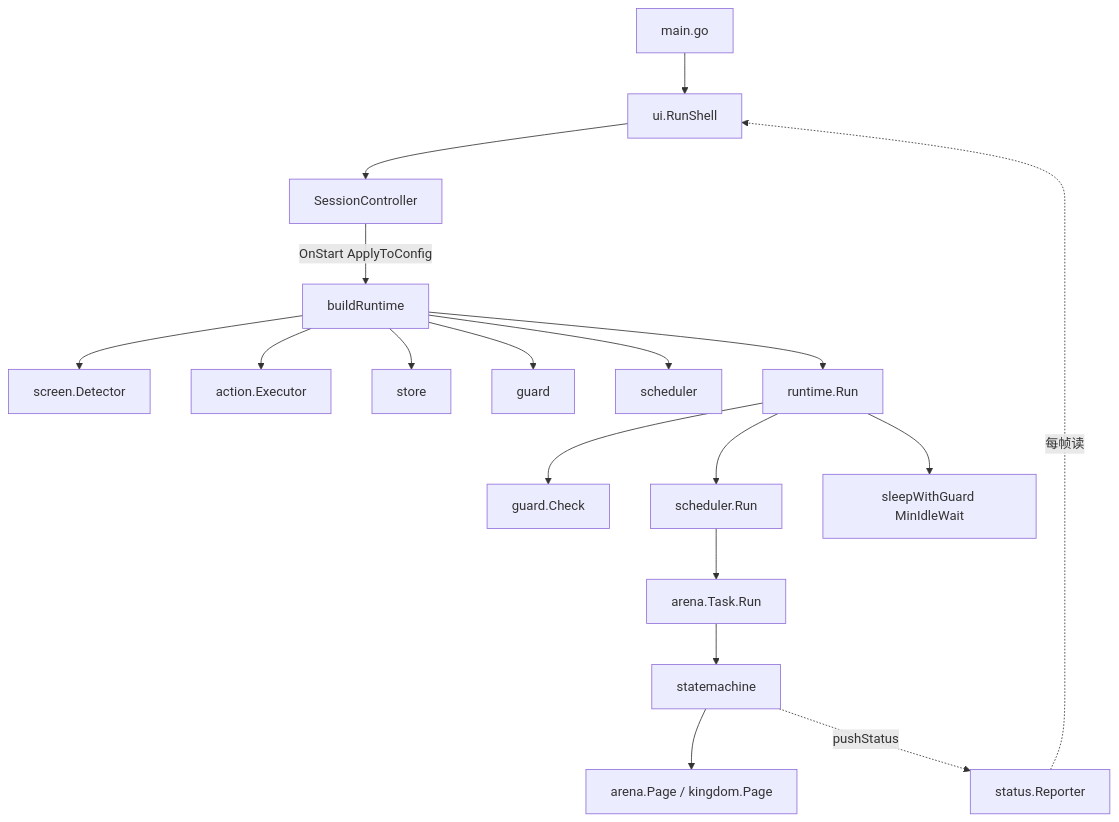
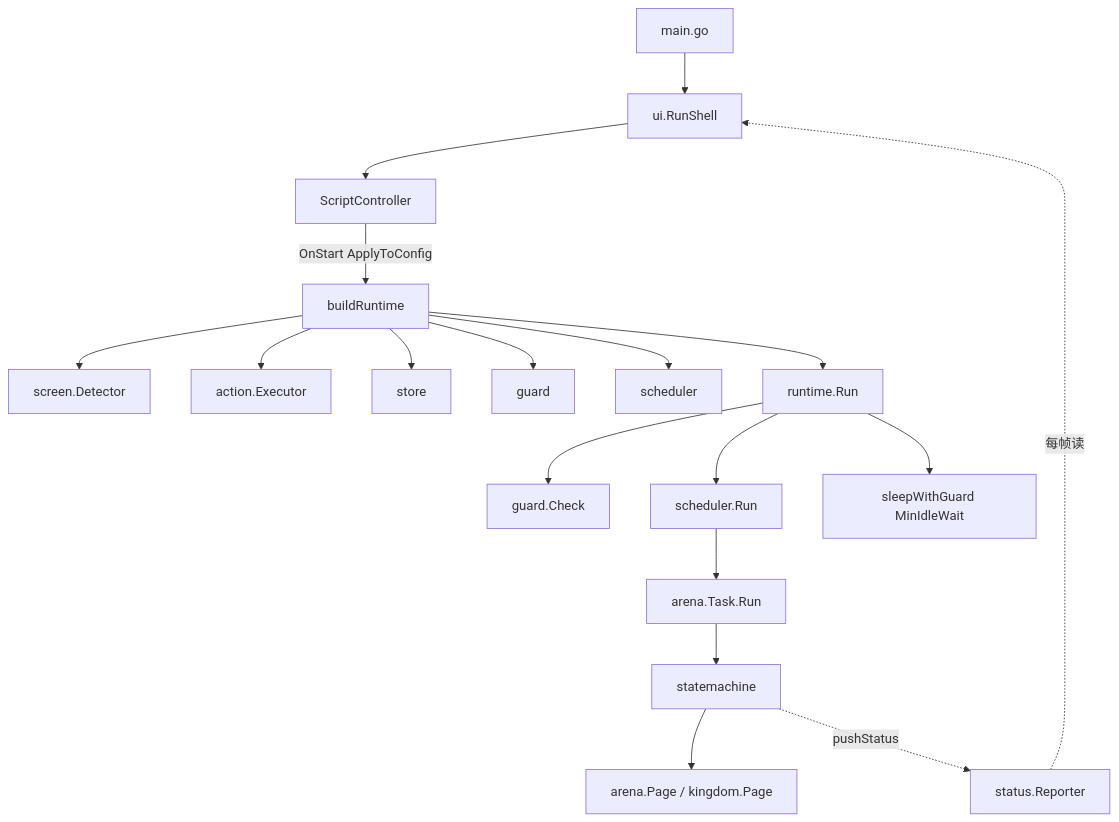
The first of 2 diagrams in docs/开发手册.md (sunnng/shuaibin-cookie-go), drawn with Mermaid before and after one commit. The commit also changed other lines of this file and 25 other files, not shown here.

First line of the commit message:
refactor: 术语收敛 Module/Session → Task/State/Script（ADR-0001）

````diff
--- a/docs/开发手册.md
+++ b/docs/开发手册.md
@@ -30,20 +30,20 @@
 ```mermaid
 flowchart TD
   main[main.go] --> shell[ui.RunShell]
-  shell --> ctrl[SessionController]
+  shell --> ctrl[ScriptController]
   ctrl -->|OnStart ApplyToConfig| build[buildRuntime]
   build --> det[screen.Detector]
   build --> exec[action.Executor]
   build --> store[store]
   build --> guard[guard]
   build --> sched[scheduler]
   build --> rt[runtime.Run]
   rt --> gCheck[guard.Check]
   rt --> sRun[scheduler.Run]
   rt --> idle[sleepWithGuard MinIdleWait]
   sRun --> arena[arena.Task.Run]
   arena --> sm[statemachine]
   sm --> page[arena.Page / kingdom.Page]
   sm -.pushStatus.-> st[status.Reporter]
   st -.每帧读.-> shell
 ```
````
